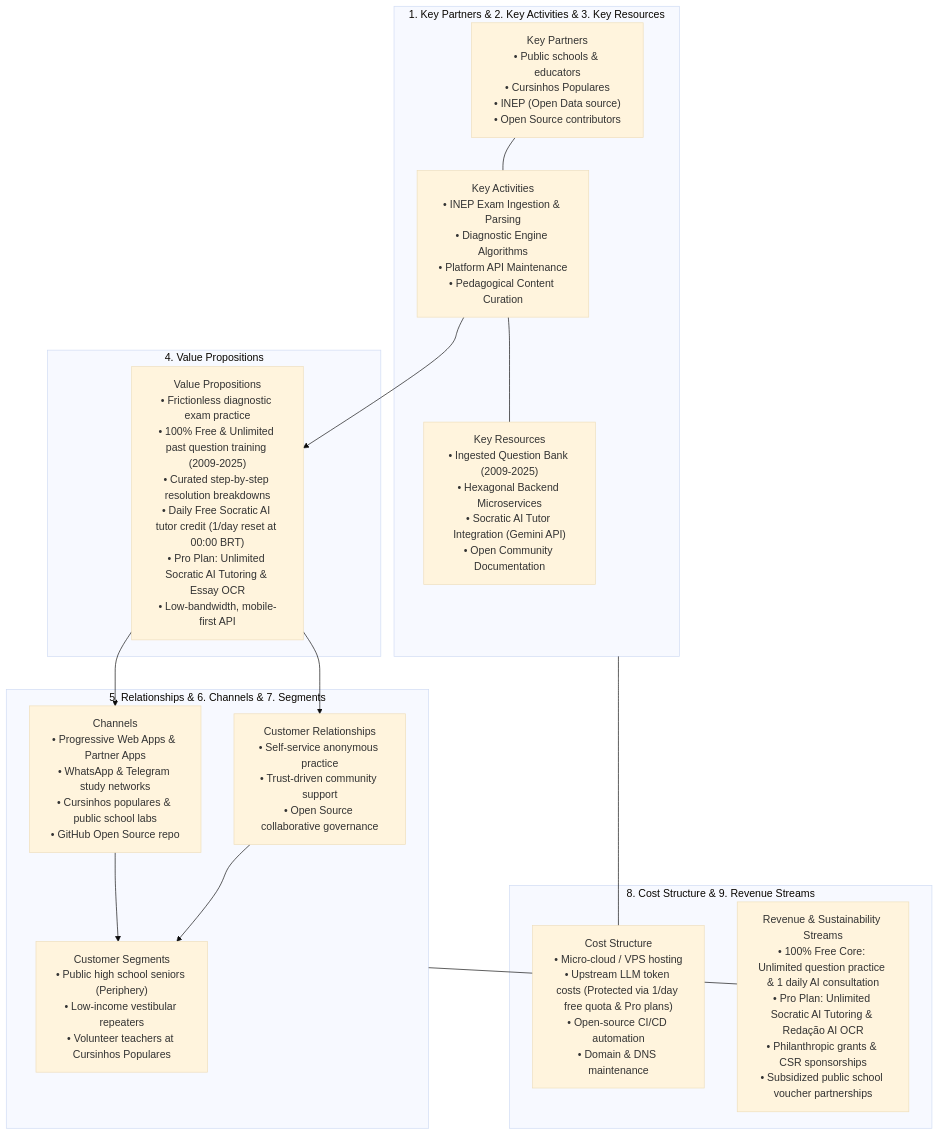
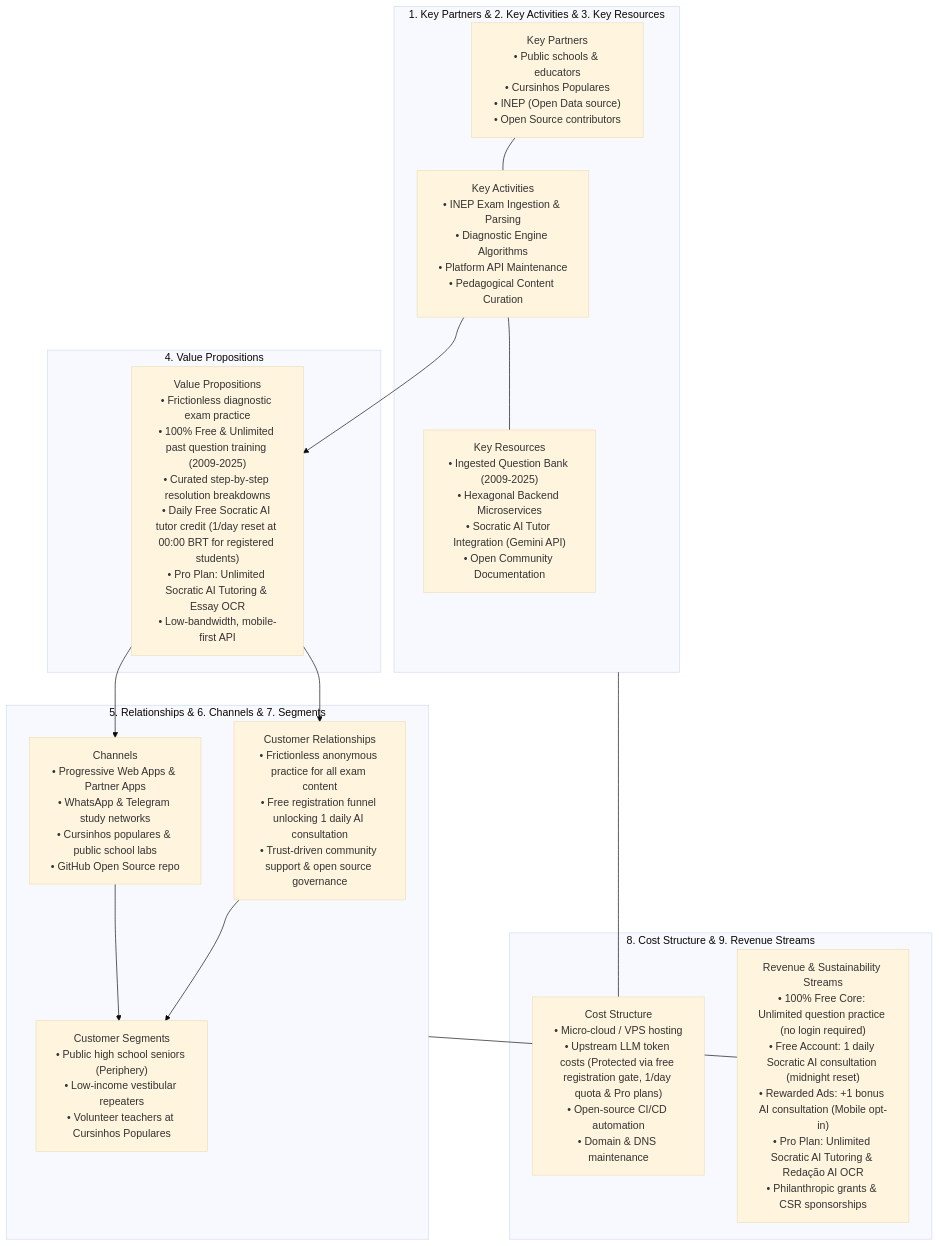
The first of 2 diagrams in docs/sprint-1/01-business-and-market-strategy.md (Veras-D/AprovaENEM), drawn with Mermaid (base theme) before and after one commit. The commit also changed other lines of this file and 6 other files, not shown here.

Commit message:
feat(auth): require free registration for Socratic AI Tutor to prevent quota abuse while keeping core question practice 100% open

````diff
--- a/docs/sprint-1/01-business-and-market-strategy.md
+++ b/docs/sprint-1/01-business-and-market-strategy.md
@@ -19,30 +19,30 @@
 ```mermaid
 flowchart TD
     subgraph Infrastructure ["1. Key Partners & 2. Key Activities & 3. Key Resources"]
         KP["Key Partners<br/>• Public schools & educators<br/>• Cursinhos Populares<br/>• INEP (Open Data source)<br/>• Open Source contributors"]
         KA["Key Activities<br/>• INEP Exam Ingestion & Parsing<br/>• Diagnostic Engine Algorithms<br/>• Platform API Maintenance<br/>• Pedagogical Content Curation"]
         KR["Key Resources<br/>• Ingested Question Bank (2009-2025)<br/>• Hexagonal Backend Microservices<br/>• Socratic AI Tutor Integration (Gemini API)<br/>• Open Community Documentation"]
     end
 
     subgraph Core ["4. Value Propositions"]
-        VP["Value Propositions<br/>• Frictionless diagnostic exam practice<br/>• 100% Free & Unlimited past question training (2009-2025)<br/>• Curated step-by-step resolution breakdowns<br/>• Daily Free Socratic AI tutor credit (1/day reset at 00:00 BRT)<br/>• Pro Plan: Unlimited Socratic AI Tutoring & Essay OCR<br/>• Low-bandwidth, mobile-first API"]
+        VP["Value Propositions<br/>• Frictionless diagnostic exam practice<br/>• 100% Free & Unlimited past question training (2009-2025)<br/>• Curated step-by-step resolution breakdowns<br/>• Daily Free Socratic AI tutor credit (1/day reset at 00:00 BRT for registered students)<br/>• Pro Plan: Unlimited Socratic AI Tutoring & Essay OCR<br/>• Low-bandwidth, mobile-first API"]
     end
 
     subgraph Market ["5. Relationships & 6. Channels & 7. Segments"]
-        CR["Customer Relationships<br/>• Self-service anonymous practice<br/>• Trust-driven community support<br/>• Open Source collaborative governance"]
+        CR["Customer Relationships<br/>• Frictionless anonymous practice for all exam content<br/>• Free registration funnel unlocking 1 daily AI consultation<br/>• Trust-driven community support & open source governance"]
         CH["Channels<br/>• Progressive Web Apps & Partner Apps<br/>• WhatsApp & Telegram study networks<br/>• Cursinhos populares & public school labs<br/>• GitHub Open Source repo"]
         CS["Customer Segments<br/>• Public high school seniors (Periphery)<br/>• Low-income vestibular repeaters<br/>• Volunteer teachers at Cursinhos Populares"]
     end
 
     subgraph Finance ["8. Cost Structure & 9. Revenue Streams"]
-        CST["Cost Structure<br/>• Micro-cloud / VPS hosting<br/>• Upstream LLM token costs (Protected via 1/day free quota & Pro plans)<br/>• Open-source CI/CD automation<br/>• Domain & DNS maintenance"]
-        REV["Revenue & Sustainability Streams<br/>• 100% Free Core: Unlimited question practice & 1 daily AI consultation<br/>• Pro Plan: Unlimited Socratic AI Tutoring & Redação AI OCR<br/>• Philanthropic grants & CSR sponsorships<br/>• Subsidized public school voucher partnerships"]
+        CST["Cost Structure<br/>• Micro-cloud / VPS hosting<br/>• Upstream LLM token costs (Protected via free registration gate, 1/day quota & Pro plans)<br/>• Open-source CI/CD automation<br/>• Domain & DNS maintenance"]
+        REV["Revenue & Sustainability Streams<br/>• 100% Free Core: Unlimited question practice (no login required)<br/>• Free Account: 1 daily Socratic AI consultation (midnight reset)<br/>• Rewarded Ads: +1 bonus AI consultation (Mobile opt-in)<br/>• Pro Plan: Unlimited Socratic AI Tutoring & Redação AI OCR<br/>• Philanthropic grants & CSR sponsorships"]
     end
 
     KP --- KA --- KR
     KA --> VP
     VP --> CR & CH
     CR & CH --> CS
     Infrastructure --- CST
     Market --- REV
 ```
````
